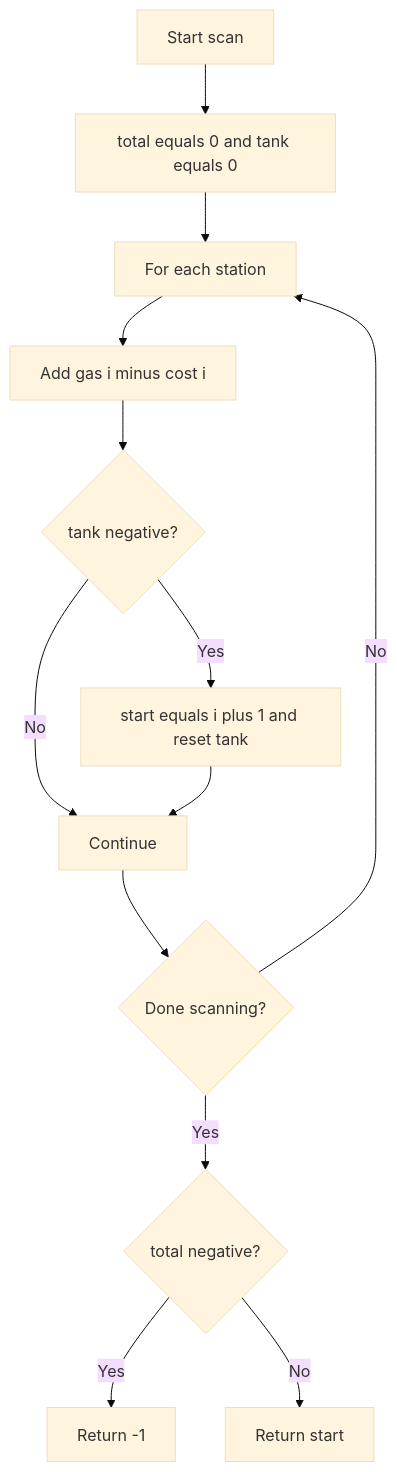
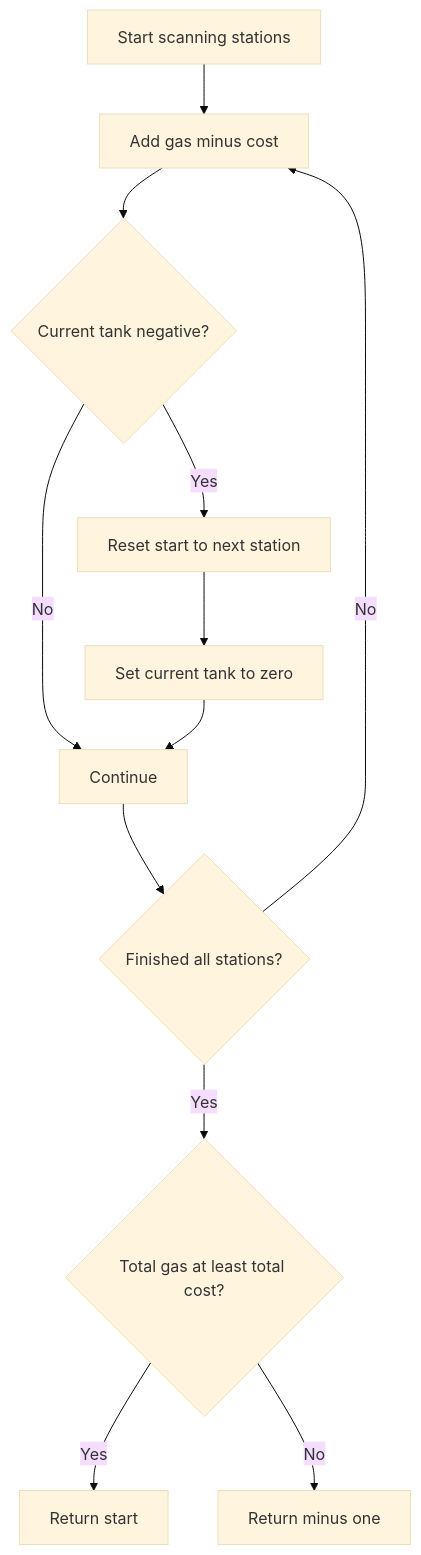
Before and after one commit to mthaiseer/springcloud-systemdesign-notes: the ninth of 22 diagrams in CP_DSA_NOTES/CONCEPT_FRAMEWORK_FORMS_TATICS/010_GREEDY_CFFT.md, drawn with Mermaid (base theme). The commit also changed other lines of this file and 1 other file, not shown here.

````diff
--- a/CP_DSA_NOTES/CONCEPT_FRAMEWORK_FORMS_TATICS/010_GREEDY_CFFT.md
+++ b/CP_DSA_NOTES/CONCEPT_FRAMEWORK_FORMS_TATICS/010_GREEDY_CFFT.md
@@ -358,15 +493,14 @@
 ```mermaid
 flowchart TD
-    A[Start scan] --> B[total equals 0 and tank equals 0]
-    B --> C[For each station]
-    C --> D[Add gas i minus cost i]
-    D --> E{tank negative?}
-    E -->|Yes| F[start equals i plus 1 and reset tank]
-    E -->|No| G[Continue]
-    F --> G
-    G --> H{Done scanning?}
-    H -->|No| C
-    H -->|Yes| I{total negative?}
-    I -->|Yes| J[Return -1]
-    I -->|No| K[Return start]
+    A[Start scanning stations] --> B[Add gas minus cost]
+    B --> C{Current tank negative?}
+    C -->|No| D[Continue]
+    C -->|Yes| E[Reset start to next station]
+    E --> F[Set current tank to zero]
+    F --> D
+    D --> G{Finished all stations?}
+    G -->|No| B
+    G -->|Yes| H{Total gas at least total cost?}
+    H -->|Yes| I[Return start]
+    H -->|No| J[Return minus one]
 ```
````
